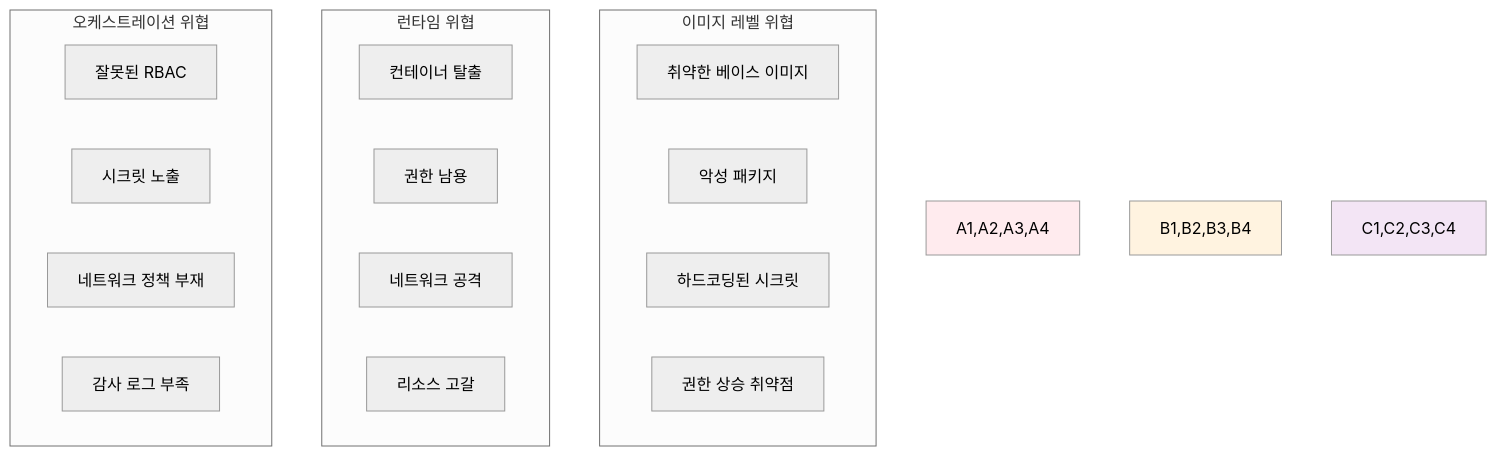
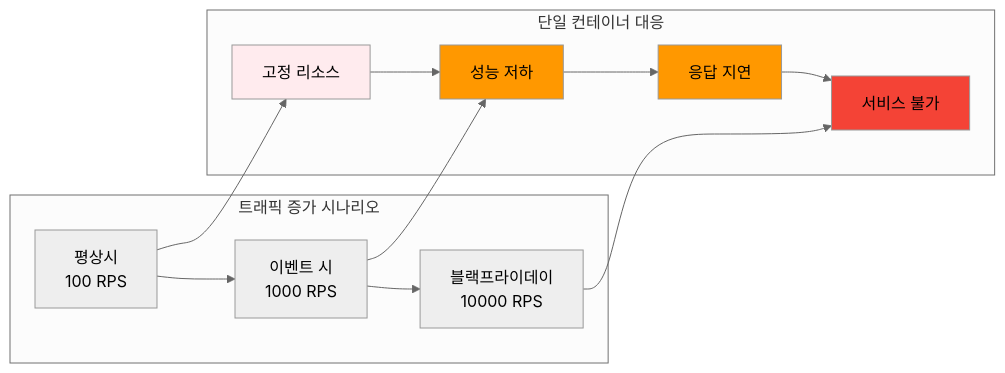
Before and after one commit to niceguy61/kdt_devops_lecture_2025: the second of 2 diagrams in theory/week_02/day2/session_1.md, drawn with Mermaid (neutral theme). The commit also changed other lines of this file and 27 other files, not shown here.

````diff
--- a/theory/week_02/day2/session_1.md
+++ b/theory/week_02/day2/session_1.md
@@ -63,27 +66,22 @@
 ```mermaid
-graph TB
-    subgraph "이미지 레벨 위협"
-        A1[취약한 베이스 이미지]
-        A2[악성 패키지]
-        A3[하드코딩된 시크릿]
-        A4[권한 상승 취약점]
+graph LR
+    subgraph "트래픽 증가 시나리오"
+        A[평상시<br/>100 RPS] --> B[이벤트 시<br/>1000 RPS]
+        B --> C[블랙프라이데이<br/>10000 RPS]
     end
     
-    subgraph "런타임 위협"
-        B1[컨테이너 탈출]
-        B2[권한 남용]
-        B3[네트워크 공격]
-        B4[리소스 고갈]
+    subgraph "단일 컨테이너 대응"
+        D[고정 리소스] --> E[성능 저하]
+        E --> F[응답 지연]
+        F --> G[서비스 불가]
     end
     
-    subgraph "오케스트레이션 위협"
-        C1[잘못된 RBAC]
-        C2[시크릿 노출]
-        C3[네트워크 정책 부재]
-        C4[감사 로그 부족]
-    end
+    A --> D
+    B --> E
+    C --> G
     
-    style A1,A2,A3,A4 fill:#ffebee
-    style B1,B2,B3,B4 fill:#fff3e0
-    style C1,C2,C3,C4 fill:#f3e5f5
+    style D fill:#ffebee
+    style E fill:#ff9800
+    style F fill:#ff9800
+    style G fill:#f44336
 ```
````
